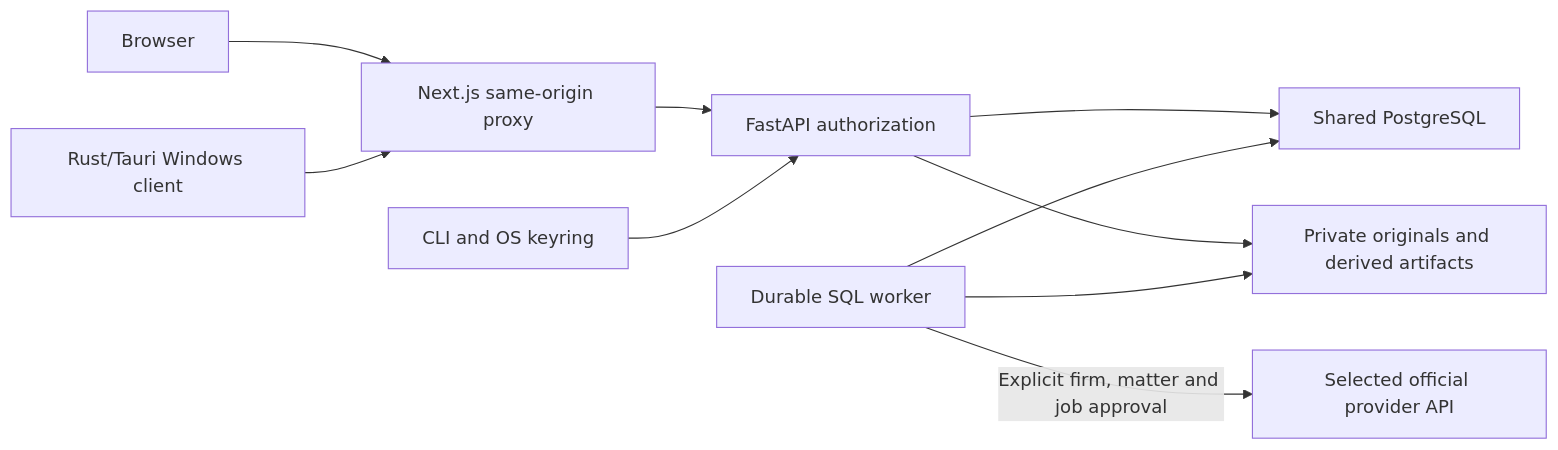
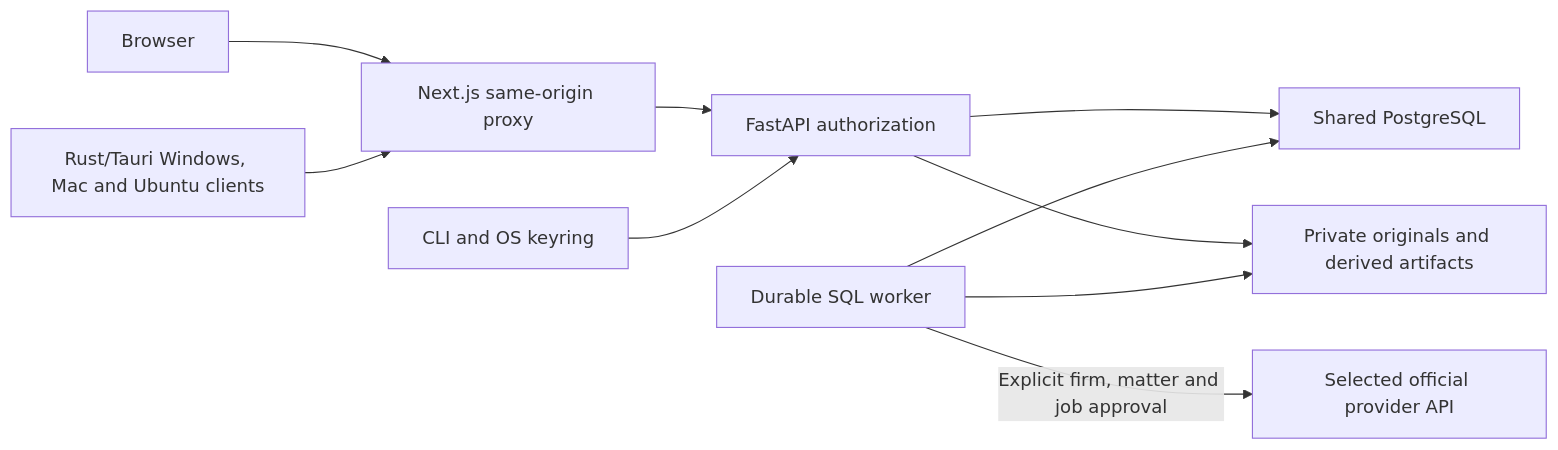
The diagram in docs/ARCHITECTURE.md (CanerBaba25/CaseQuarry), drawn with Mermaid before and after one commit. The commit also changed other lines of this file and 97 other files, not shown here.

````diff
--- a/docs/ARCHITECTURE.md
+++ b/docs/ARCHITECTURE.md
@@ -5,12 +5,12 @@
 ```mermaid
 flowchart LR
   Browser --> Web[Next.js same-origin proxy]
-  Desktop[Rust/Tauri Windows client] --> Web
+  Desktop[Rust/Tauri Windows, Mac and Ubuntu clients] --> Web
   Web --> API[FastAPI authorization]
   CLI[CLI and OS keyring] --> API
   API --> DB[Shared PostgreSQL]
   API --> Store[Private originals and derived artifacts]
   Worker[Durable SQL worker] --> DB
   Worker --> Store
   Worker -->|Explicit firm, matter and job approval| Provider[Selected official provider API]
 ```
````
